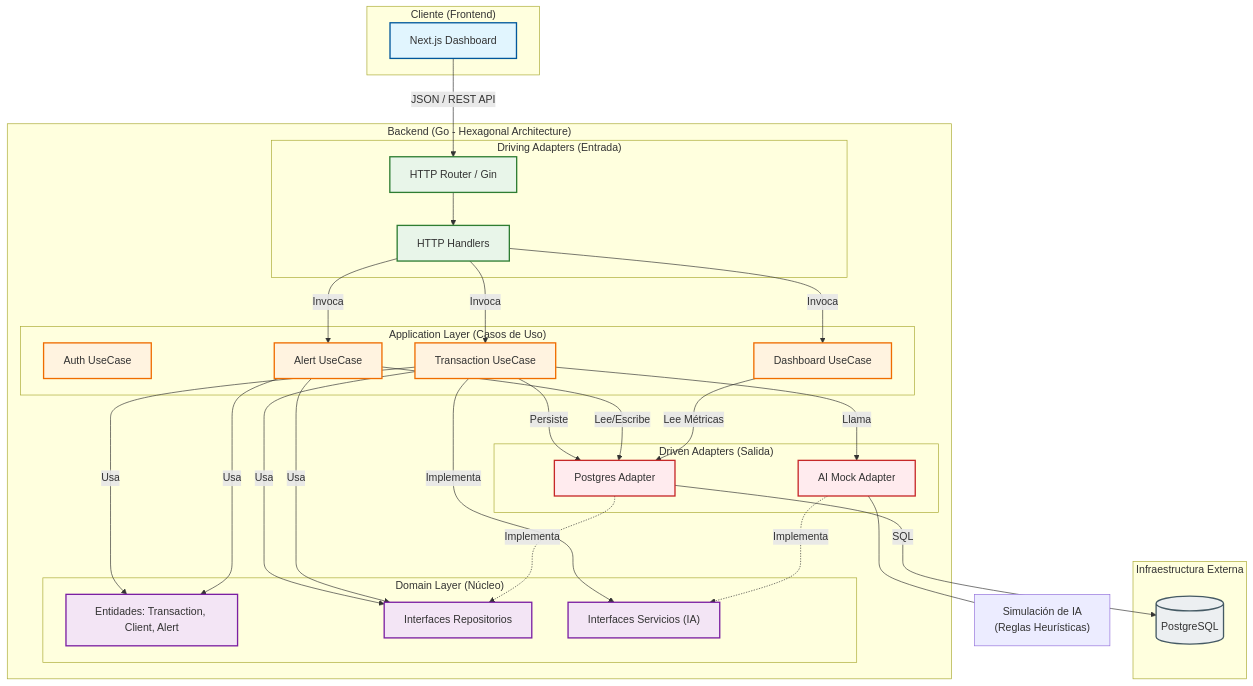
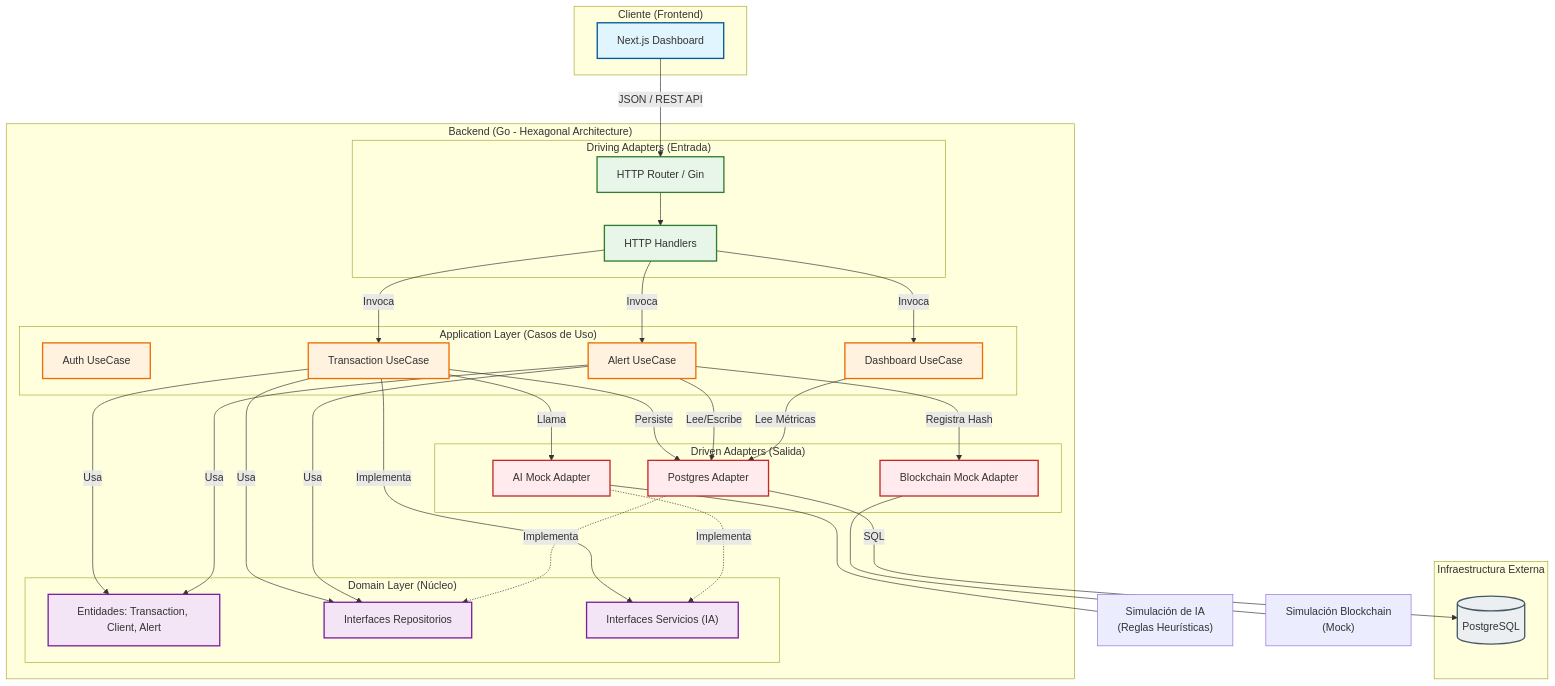
The diagram in README.md (Landr0val/Zentinel), drawn with Mermaid before and after one commit. The commit also changed other lines of this file and 11 other files, not shown here.

````diff
--- a/README.md
+++ b/README.md
@@ -54,73 +73,77 @@
 ```mermaid
 graph TD
     %% Estilos
     classDef frontend fill:#e1f5fe,stroke:#01579b,stroke-width:2px;
     classDef driving fill:#e8f5e9,stroke:#2e7d32,stroke-width:2px;
     classDef app fill:#fff3e0,stroke:#ef6c00,stroke-width:2px;
     classDef domain fill:#f3e5f5,stroke:#7b1fa2,stroke-width:2px;
     classDef driven fill:#ffebee,stroke:#c62828,stroke-width:2px;
     classDef db fill:#eceff1,stroke:#455a64,stroke-width:2px,shape:cylinder;
 
     subgraph "Cliente (Frontend)"
         UI[Next.js Dashboard]:::frontend
     end
 
     subgraph "Backend (Go - Hexagonal Architecture)"
         
         subgraph "Driving Adapters (Entrada)"
             Router[HTTP Router / Gin]:::driving
             Handlers[HTTP Handlers]:::driving
         end
 
         subgraph "Application Layer (Casos de Uso)"
             AuthUC[Auth UseCase]:::app
             TxUC[Transaction UseCase]:::app
             AlertUC[Alert UseCase]:::app
             DashUC[Dashboard UseCase]:::app
         end
 
         subgraph "Domain Layer (Núcleo)"
             Entities["Entidades: Transaction, Client, Alert"]:::domain
             RepoInterfaces[Interfaces Repositorios]:::domain
             ServiceInterfaces["Interfaces Servicios (IA)"]:::domain
         end
 
         subgraph "Driven Adapters (Salida)"
             PGAdapter[Postgres Adapter]:::driven
             AIAdapter[AI Mock Adapter]:::driven
+            BCAdapter[Blockchain Mock Adapter]:::driven
         end
     end
 
     subgraph "Infraestructura Externa"
         DB[(PostgreSQL)]:::db
     end
 
     %% Relaciones
     UI -->|JSON / REST API| Router
     Router --> Handlers
     
     Handlers -->|Invoca| TxUC
     Handlers -->|Invoca| AlertUC
     Handlers -->|Invoca| DashUC
 
     TxUC -->|Implementa| ServiceInterfaces
     TxUC -->|Usa| Entities
     TxUC -->|Usa| RepoInterfaces
 
     AlertUC -->|Usa| Entities
     AlertUC -->|Usa| RepoInterfaces
 
     PGAdapter -.->|Implementa| RepoInterfaces
     AIAdapter -.->|Implementa| ServiceInterfaces
 
     TxUC -->|Llama| AIAdapter
     TxUC -->|Persiste| PGAdapter
     AlertUC -->|Lee/Escribe| PGAdapter
+    AlertUC -->|Registra Hash| BCAdapter
     DashUC -->|Lee Métricas| PGAdapter
 
     PGAdapter -->|SQL| DB
 
     %% Notas
     note_ai["Simulación de IA<br/>(Reglas Heurísticas)"]
     AIAdapter --- note_ai
+    note_bc["Simulación Blockchain<br/>(Mock)"]
+    BCAdapter --- note_bc
 ```
````
